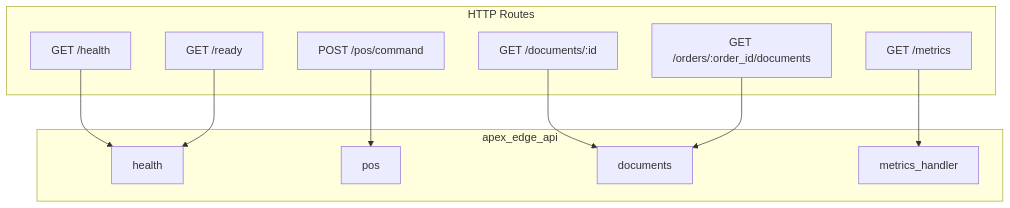
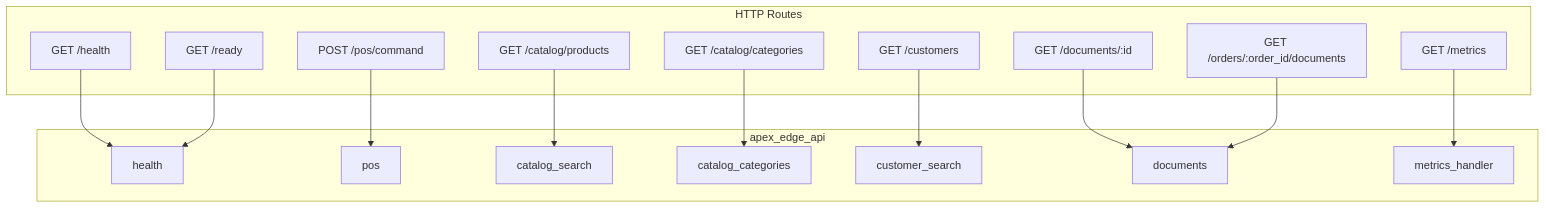
The third of 9 diagrams in docs/architecture/README.md (AncientiCe/apex-edge), drawn with Mermaid before and after one commit. The commit also changed other lines of this file and 36 other files, not shown here.

````diff
--- a/docs/architecture/README.md
+++ b/docs/architecture/README.md
@@ -77,23 +77,32 @@
 ```mermaid
 flowchart TB
     subgraph routes [HTTP Routes]
         R1["GET /health"]
         R2["GET /ready"]
         R3["POST /pos/command"]
-        R4["GET /documents/:id"]
-        R5["GET /orders/:order_id/documents"]
-        R6["GET /metrics"]
+        R4["GET /catalog/products"]
+        R5["GET /catalog/categories"]
+        R6["GET /customers"]
+        R7["GET /documents/:id"]
+        R8["GET /orders/:order_id/documents"]
+        R9["GET /metrics"]
     end
     subgraph api [apex_edge_api]
         H[health]
         P[pos]
+        C[catalog_search]
+        CC[catalog_categories]
+        CS[customer_search]
         D[documents]
         M[metrics_handler]
     end
     R1 --> H
     R2 --> H
     R3 --> P
-    R4 --> D
-    R5 --> D
-    R6 --> M
+    R4 --> C
+    R5 --> CC
+    R6 --> CS
+    R7 --> D
+    R8 --> D
+    R9 --> M
 ```
````
